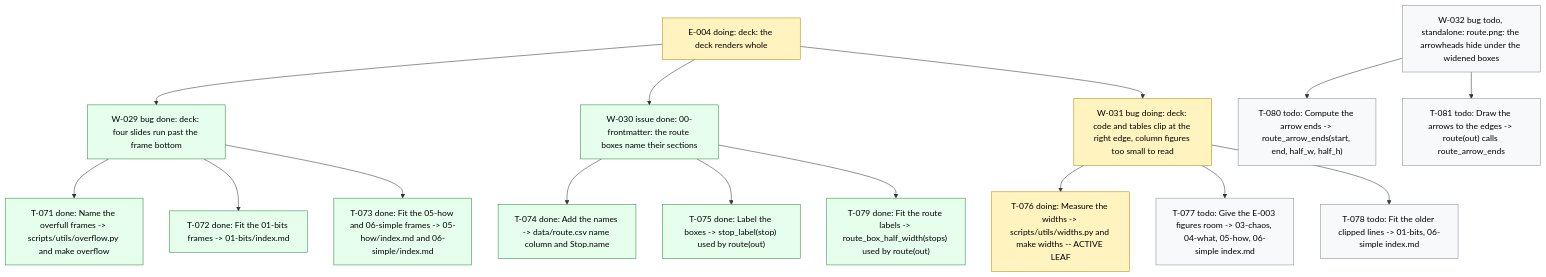
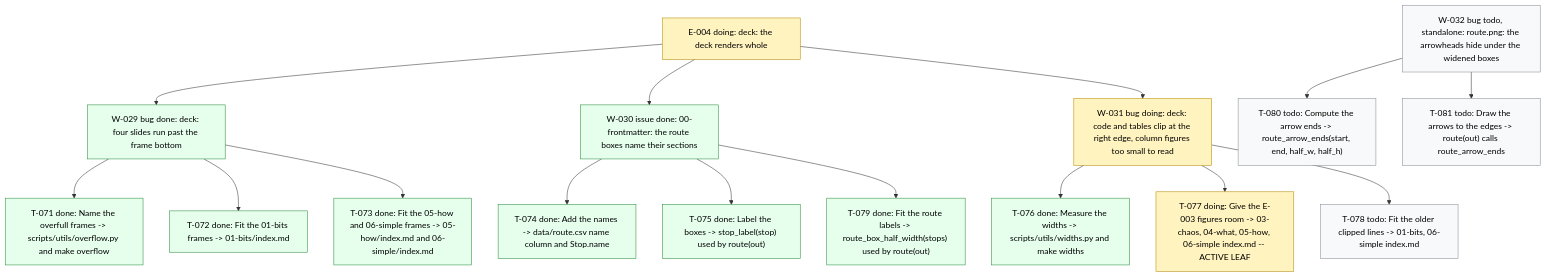
Before and after one commit to dpopchev/chaos-to-simple: the diagram in .board/BOARD.md, drawn with Mermaid. The commit also changed other lines of this file and 2 other files, not shown here.

Commit message:
chore(board): close T-076, start T-077
Refs: W-031 T-076 T-077

````diff
--- a/.board/BOARD.md
+++ b/.board/BOARD.md
@@ -194,27 +194,27 @@
 ```mermaid
 flowchart TD
   E004["E-004 doing: deck: the deck renders whole"]
   E004 --> W029["W-029 bug done: deck: four slides run past the frame bottom"]
   W029 --> T071["T-071 done: Name the overfull frames -> scripts/utils/overflow.py and make overflow"]
   W029 --> T072["T-072 done: Fit the 01-bits frames -> 01-bits/index.md"]
   W029 --> T073["T-073 done: Fit the 05-how and 06-simple frames -> 05-how/index.md and 06-simple/index.md"]
   E004 --> W030["W-030 issue done: 00-frontmatter: the route boxes name their sections"]
   W030 --> T074["T-074 done: Add the names -> data/route.csv name column and Stop.name"]
   W030 --> T075["T-075 done: Label the boxes -> stop_label(stop) used by route(out)"]
   W030 --> T079["T-079 done: Fit the route labels -> route_box_half_width(stops) used by route(out)"]
   E004 --> W031["W-031 bug doing: deck: code and tables clip at the right edge, column figures too small to read"]
-  W031 --> T076["T-076 doing: Measure the widths -> scripts/utils/widths.py and make widths -- ACTIVE LEAF"]
-  W031 --> T077["T-077 todo: Give the E-003 figures room -> 03-chaos, 04-what, 05-how, 06-simple index.md"]
+  W031 --> T076["T-076 done: Measure the widths -> scripts/utils/widths.py and make widths"]
+  W031 --> T077["T-077 doing: Give the E-003 figures room -> 03-chaos, 04-what, 05-how, 06-simple index.md -- ACTIVE LEAF"]
   W031 --> T078["T-078 todo: Fit the older clipped lines -> 01-bits, 06-simple index.md"]
   W032["W-032 bug todo, standalone: route.png: the arrowheads hide under the widened boxes"]
   W032 --> T080["T-080 todo: Compute the arrow ends -> route_arrow_ends(start, end, half_w, half_h)"]
   W032 --> T081["T-081 todo: Draw the arrows to the edges -> route(out) calls route_arrow_ends"]
   classDef doing fill:#fff3bf,stroke:#b58900,color:#000;
   classDef blocked fill:#ffe3e3,stroke:#c92a2a,color:#000;
   classDef done fill:#e6ffed,stroke:#2b8a3e,color:#000;
   classDef todo fill:#f8f9fa,stroke:#868e96,color:#000;
   classDef pruned fill:#f1f3f5,stroke:#adb5bd,color:#000;
-  class E004,W031,T076 doing
-  class W029,T071,T072,T073,W030,T074,T075,T079 done
-  class T077,T078,W032,T080,T081 todo
+  class E004,W031,T077 doing
+  class W029,T071,T072,T073,W030,T074,T075,T079,T076 done
+  class T078,W032,T080,T081 todo
 ```
````
